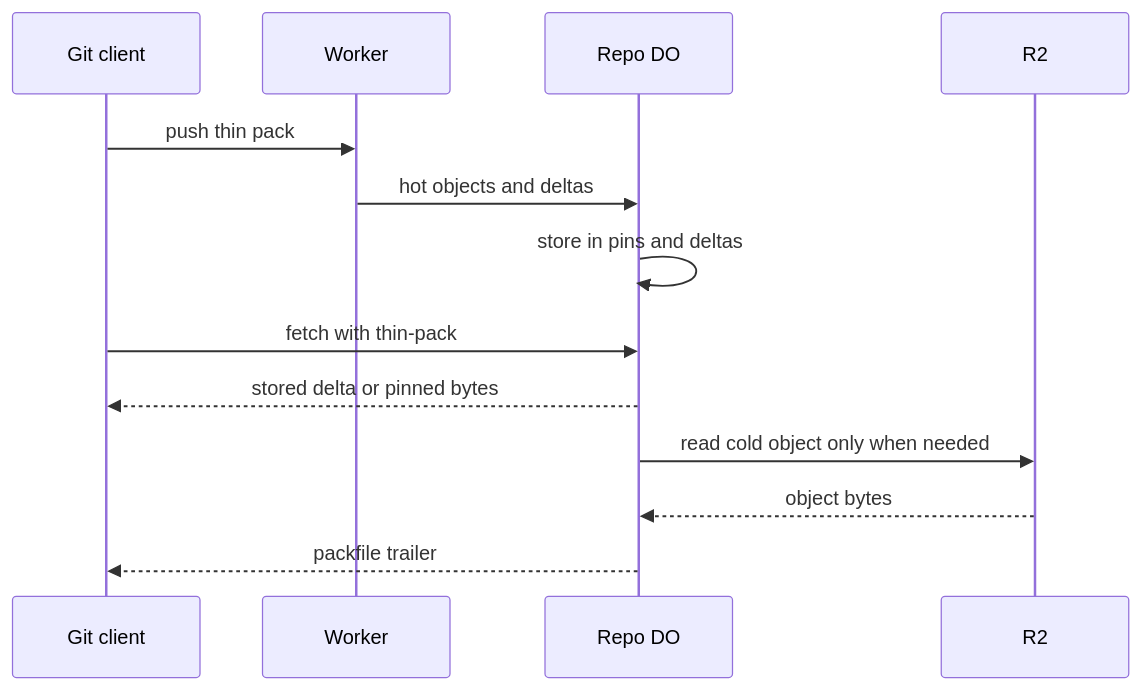
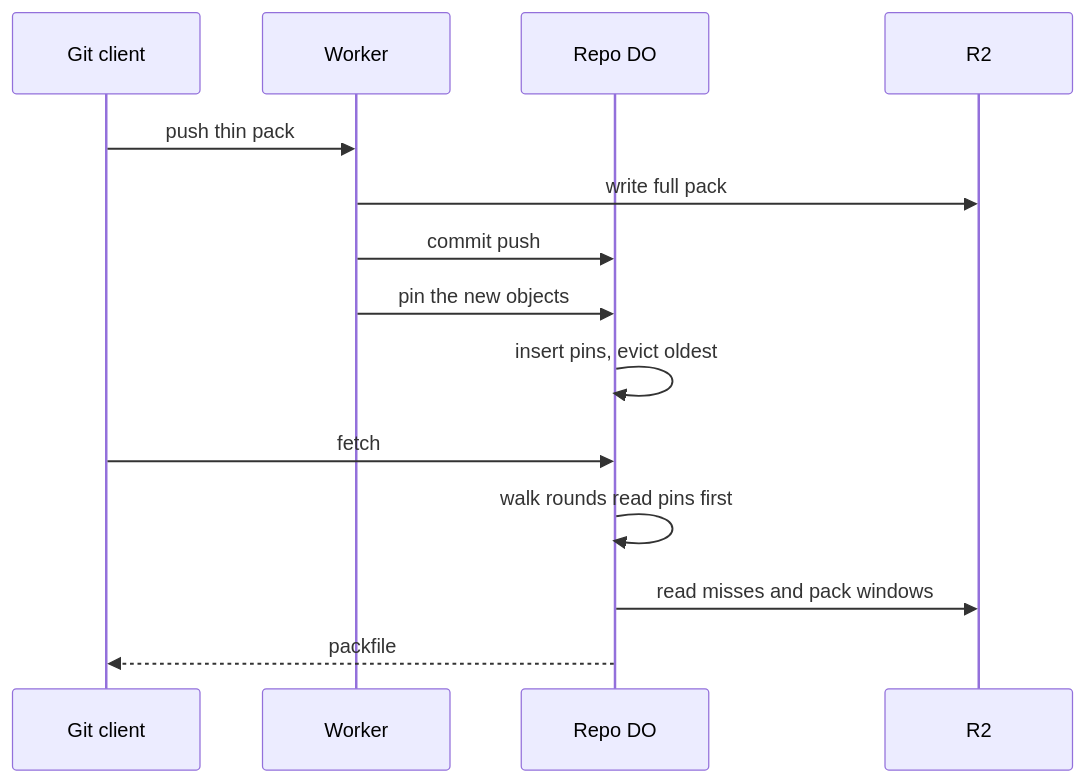
Before and after one commit to idl3/git-edge: the diagram in plain/pinned-delta-bases.md, drawn with Mermaid. The commit also changed other lines of this file and 47 other files, not shown here.

````diff
--- a/plain/pinned-delta-bases.md
+++ b/plain/pinned-delta-bases.md
@@ -36,15 +36,16 @@
 ```mermaid
 sequenceDiagram
     participant C as Git client
     participant W as Worker
     participant D as Repo DO
     participant R as R2
     C->>W: push thin pack
-    W->>D: hot objects and deltas
-    D->>D: store in pins and deltas
-    C->>D: fetch with thin-pack
-    D-->>C: stored delta or pinned bytes
-    D->>R: read cold object only when needed
-    R-->>D: object bytes
-    D-->>C: packfile trailer
+    W->>R: write full pack
+    W->>D: commit push
+    W->>D: pin the new objects
+    D->>D: insert pins, evict oldest
+    C->>D: fetch
+    D->>D: walk rounds read pins first
+    D->>R: read misses and pack windows
+    D-->>C: packfile
 ```
````
